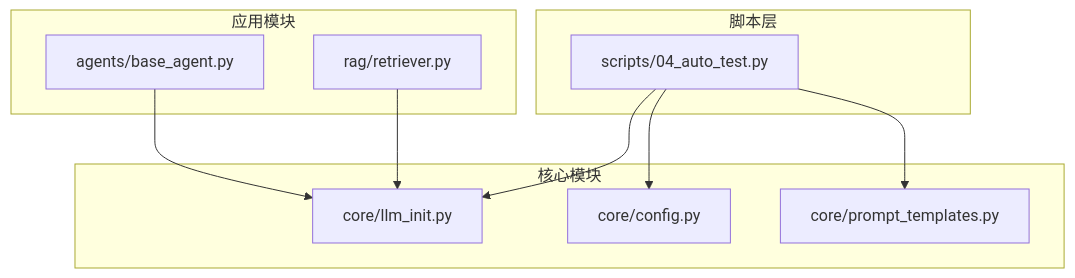
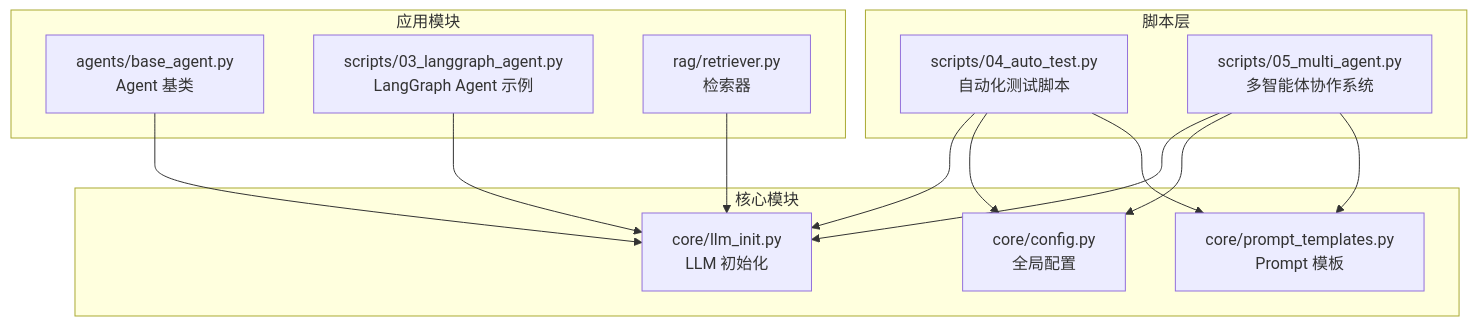
The first of 7 diagrams in .qoder/repowiki/zh/content/示例脚本详解/自动化测试示例.md (dylanleee2000/LLM-learning), drawn with Mermaid before and after one commit. The commit also changed other lines of this file and 1 other file, not shown here.

````diff
--- a/.qoder/repowiki/zh/content/示例脚本详解/自动化测试示例.md
+++ b/.qoder/repowiki/zh/content/示例脚本详解/自动化测试示例.md
@@ -39,20 +50,26 @@
 ```mermaid
 graph TB
 subgraph "脚本层"
-S04["scripts/04_auto_test.py"]
+S04["scripts/04_auto_test.py<br/>自动化测试脚本"]
+S05["scripts/05_multi_agent.py<br/>多智能体协作系统"]
 end
 subgraph "核心模块"
-C1["core/llm_init.py"]
-C2["core/config.py"]
-C3["core/prompt_templates.py"]
+C1["core/llm_init.py<br/>LLM 初始化"]
+C2["core/config.py<br/>全局配置"]
+C3["core/prompt_templates.py<br/>Prompt 模板"]
 end
 subgraph "应用模块"
-A1["agents/base_agent.py"]
-R1["rag/retriever.py"]
+A1["agents/base_agent.py<br/>Agent 基类"]
+A2["scripts/03_langgraph_agent.py<br/>LangGraph Agent 示例"]
+R1["rag/retriever.py<br/>检索器"]
 end
 S04 --> C1
 S04 --> C2
 S04 --> C3
+S05 --> C1
+S05 --> C2
+S05 --> C3
 A1 --> C1
+A2 --> C1
 R1 --> C1
 ```
````
